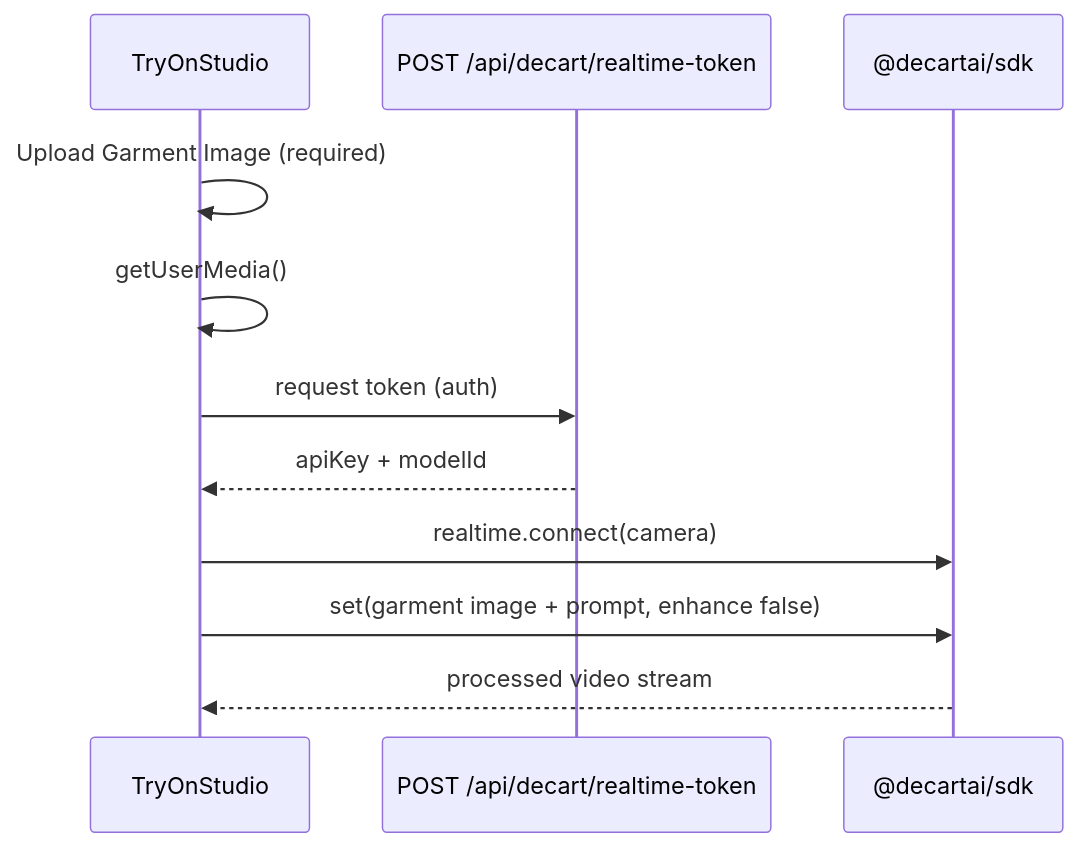
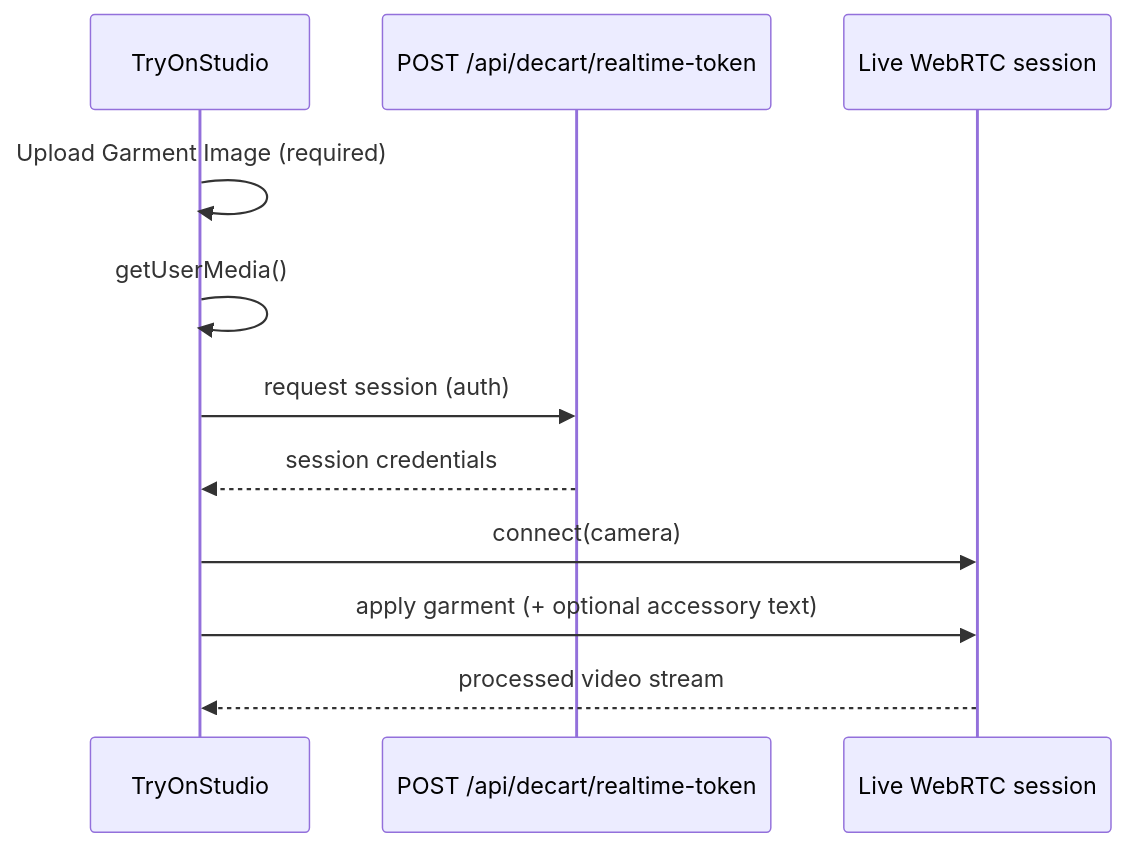
One commit to sweet-amrood/Weartual-latest changed the second of 2 diagrams in PROJECT.md. Above: the diagram before and after it, drawn with Mermaid. The commit also changed other lines of this file and 2 other files, not shown here.

````diff
--- a/PROJECT.md
+++ b/PROJECT.md
@@ -275,14 +251,14 @@
 ```mermaid
 sequenceDiagram
   participant UI as TryOnStudio
   participant API as POST /api/decart/realtime-token
-  participant SDK as @decartai/sdk
+  participant Live as Live WebRTC session
 
   UI->>UI: Upload Garment Image (required)
   UI->>UI: getUserMedia()
-  UI->>API: request token (auth)
-  API-->>UI: apiKey + modelId
-  UI->>SDK: realtime.connect(camera)
-  UI->>SDK: set(garment image + prompt, enhance false)
-  SDK-->>UI: processed video stream
+  UI->>API: request session (auth)
+  API-->>UI: session credentials
+  UI->>Live: connect(camera)
+  UI->>Live: apply garment (+ optional accessory text)
+  Live-->>UI: processed video stream
 ```
````
